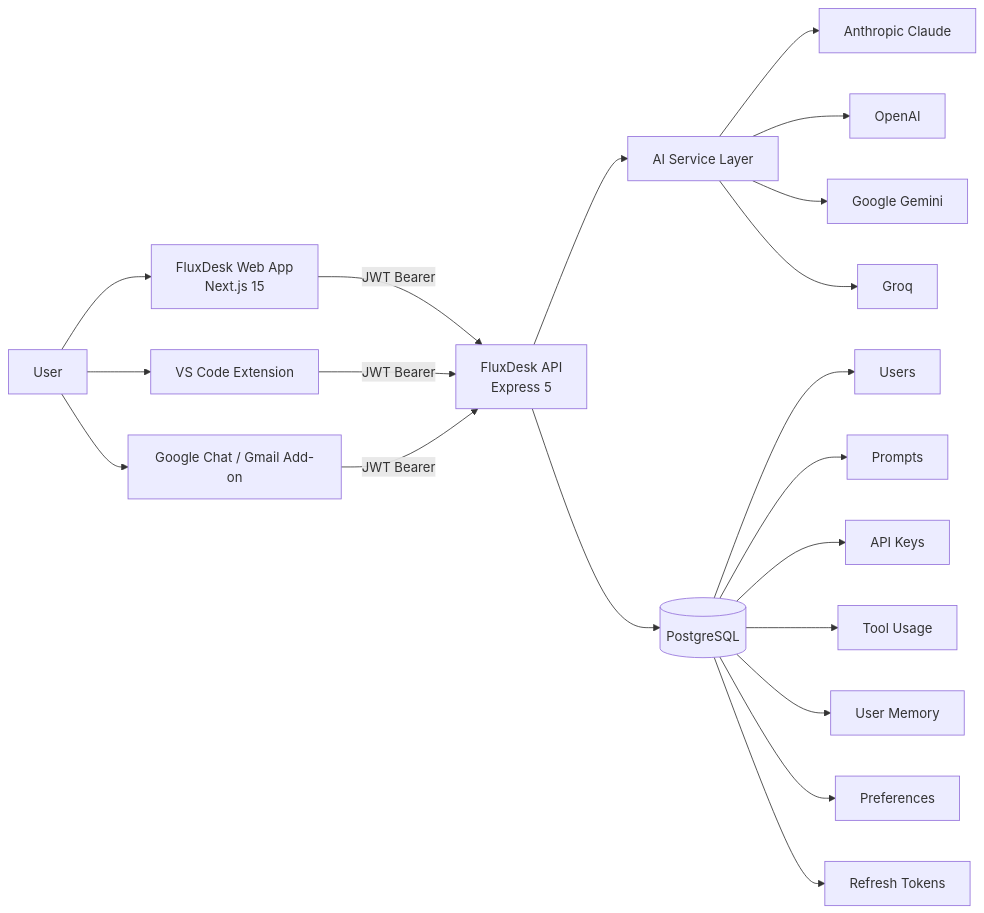
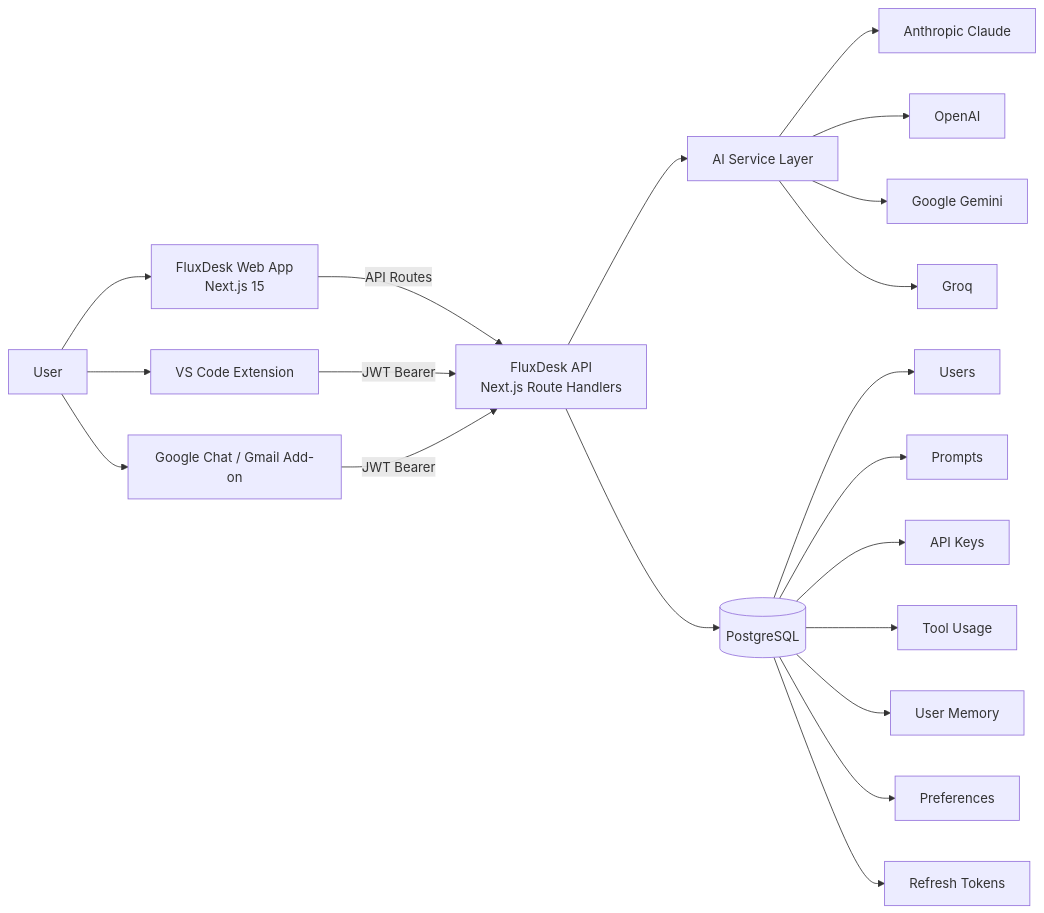
The first of 5 diagrams in README.md (rushikesh-kanbargi/FluxDesk), drawn with Mermaid before and after one commit. The commit also changed other lines of this file and 89 other files, not shown here.

````diff
--- a/README.md
+++ b/README.md
@@ -49,26 +46,26 @@
 ```mermaid
 flowchart LR
     U[User] --> W[FluxDesk Web App<br/>Next.js 15]
     U --> V[VS Code Extension]
     U --> G[Google Chat / Gmail Add-on]
 
-    W -->|JWT Bearer| B[FluxDesk API<br/>Express 5]
+    W -->|API Routes| B[FluxDesk API<br/>Next.js Route Handlers]
     V -->|JWT Bearer| B
     G -->|JWT Bearer| B
 
     B --> A[AI Service Layer]
     B --> P[(PostgreSQL)]
 
     A --> C[Anthropic Claude]
     A --> O[OpenAI]
     A --> M[Google Gemini]
     A --> R[Groq]
 
     P --> U1[Users]
     P --> U2[Prompts]
     P --> U3[API Keys]
     P --> U4[Tool Usage]
     P --> U5[User Memory]
     P --> U6[Preferences]
     P --> U7[Refresh Tokens]
 ```
````
